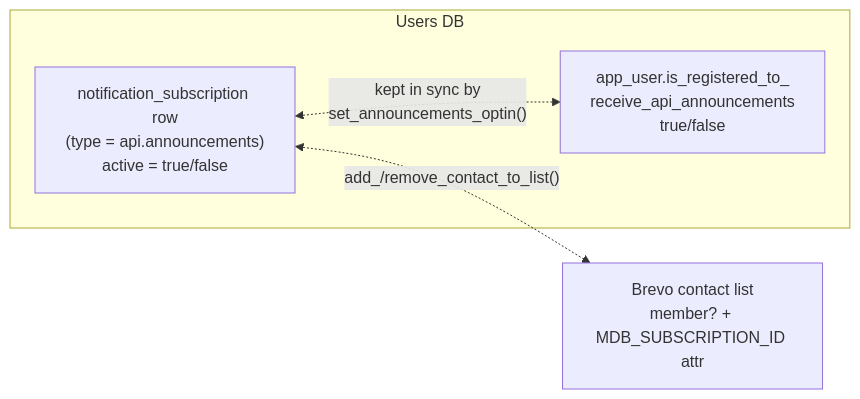
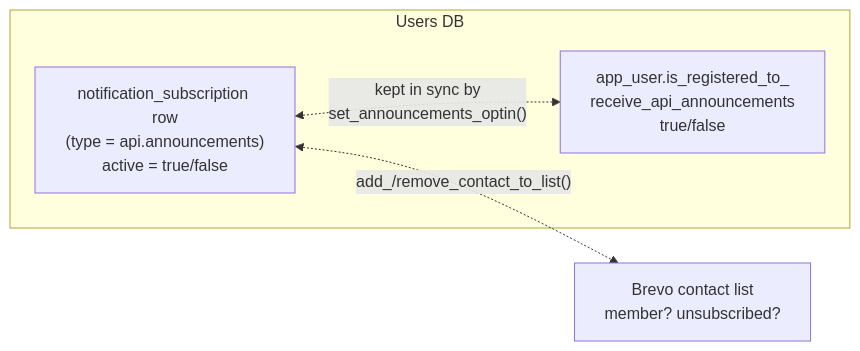
Before and after one commit to MobilityData/mobility-feed-api: the first of 5 diagrams in docs/notifications-subscription-flows.md, drawn with Mermaid. The commit also changed other lines of this file and 14 other files, not shown here.

Commit message:
remove MDB_SUBSCRIPTION_ID

````diff
--- a/docs/notifications-subscription-flows.md
+++ b/docs/notifications-subscription-flows.md
@@ -110,11 +110,11 @@
 ```mermaid
 flowchart LR
     subgraph UsersDB["Users DB"]
         SUB["notification_subscription row<br/>(type = api.announcements)<br/>active = true/false"]
         FLAG["app_user.is_registered_to_<br/>receive_api_announcements<br/>true/false"]
     end
-    BREVO["Brevo contact list<br/>member? + MDB_SUBSCRIPTION_ID attr"]
+    BREVO["Brevo contact list<br/>member? unsubscribed?"]
 
     SUB <-. "kept in sync by<br/>set_announcements_optin()" .-> FLAG
     SUB <-. "add_/remove_contact_to_list()" .-> BREVO
 ```
````
